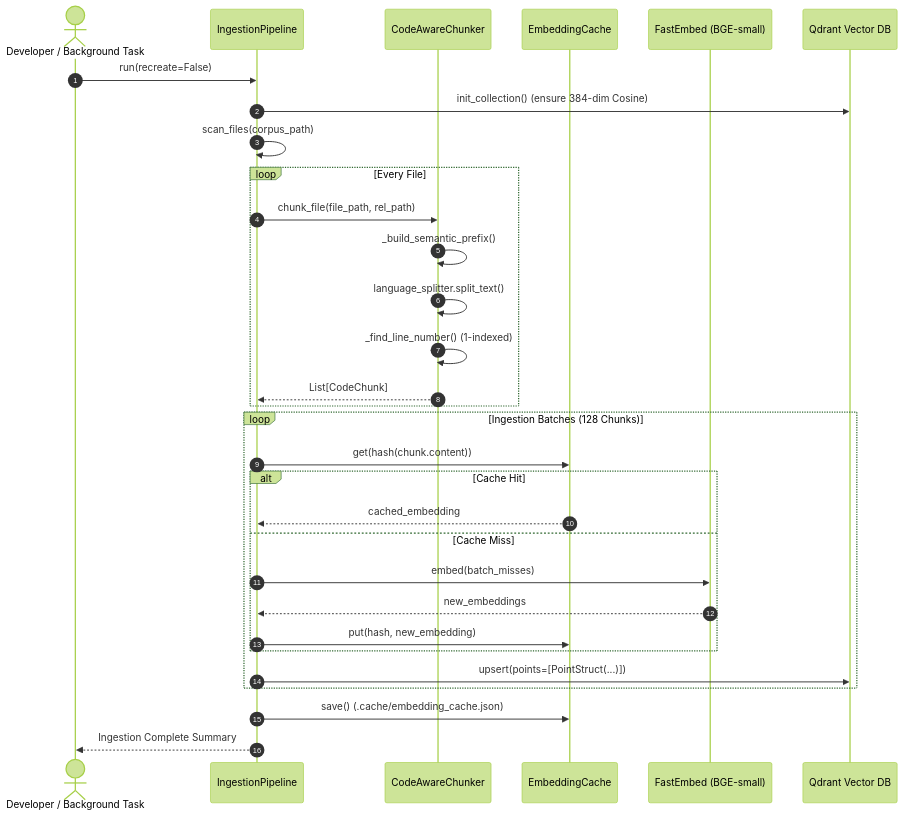
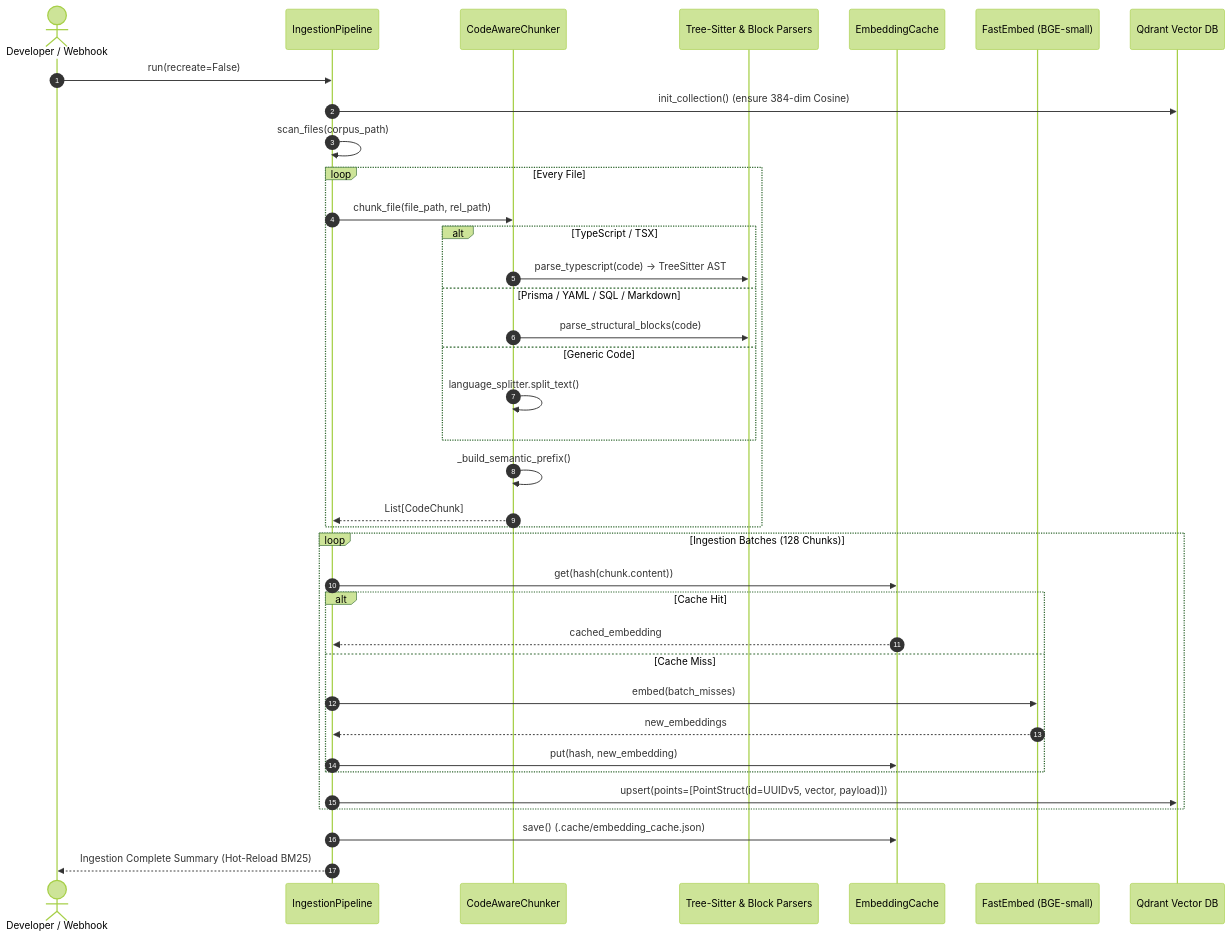
The fourth of 6 diagrams in docs/developer-guide/02-architecture-design-and-patterns.md (krotrn/campus-connect-ai), drawn with Mermaid (forest theme) before and after one commit. The commit also changed other lines of this file and 5 other files, not shown here.

````diff
--- a/docs/developer-guide/02-architecture-design-and-patterns.md
+++ b/docs/developer-guide/02-architecture-design-and-patterns.md
@@ -277,34 +370,40 @@
 ```mermaid
 sequenceDiagram
     autonumber
-    actor Dev as Developer / Background Task
+    actor Dev as Developer / Webhook
     participant Pipe as IngestionPipeline
     participant Chunker as CodeAwareChunker
+    participant AST as Tree-Sitter & Block Parsers
     participant Cache as EmbeddingCache
     participant Model as FastEmbed (BGE-small)
     participant Qdrant as Qdrant Vector DB
 
     Dev->>Pipe: run(recreate=False)
     Pipe->>Qdrant: init_collection() (ensure 384-dim Cosine)
     Pipe->>Pipe: scan_files(corpus_path)
     loop Every File
         Pipe->>Chunker: chunk_file(file_path, rel_path)
+        alt TypeScript / TSX
+            Chunker->>AST: parse_typescript(code) -> TreeSitter AST
+        else Prisma / YAML / SQL / Markdown
+            Chunker->>AST: parse_structural_blocks(code)
+        else Generic Code
+            Chunker->>Chunker: language_splitter.split_text()
+        end
         Chunker->>Chunker: _build_semantic_prefix()
-        Chunker->>Chunker: language_splitter.split_text()
-        Chunker->>Chunker: _find_line_number() (1-indexed)
         Chunker-->>Pipe: List[CodeChunk]
     end
     loop Ingestion Batches (128 Chunks)
         Pipe->>Cache: get(hash(chunk.content))
         alt Cache Hit
             Cache-->>Pipe: cached_embedding
         else Cache Miss
             Pipe->>Model: embed(batch_misses)
             Model-->>Pipe: new_embeddings
             Pipe->>Cache: put(hash, new_embedding)
         end
-        Pipe->>Qdrant: upsert(points=[PointStruct(...)])
+        Pipe->>Qdrant: upsert(points=[PointStruct(id=UUIDv5, vector, payload)])
     end
     Pipe->>Cache: save() (.cache/embedding_cache.json)
-    Pipe-->>Dev: Ingestion Complete Summary
+    Pipe-->>Dev: Ingestion Complete Summary (Hot-Reload BM25)
 ```
````
